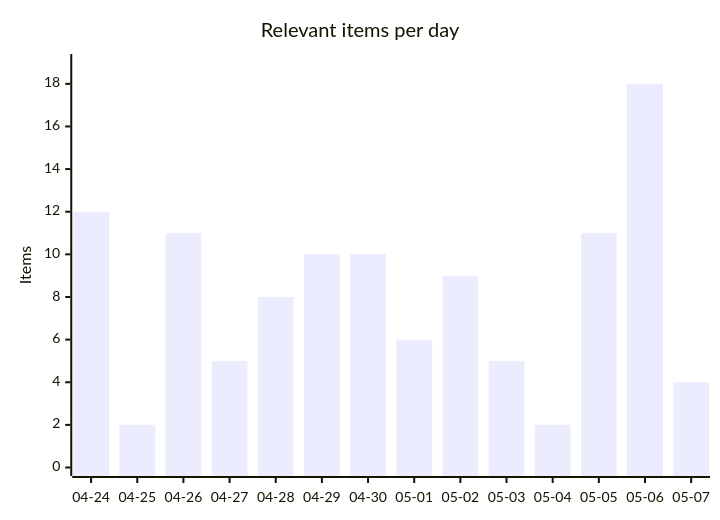
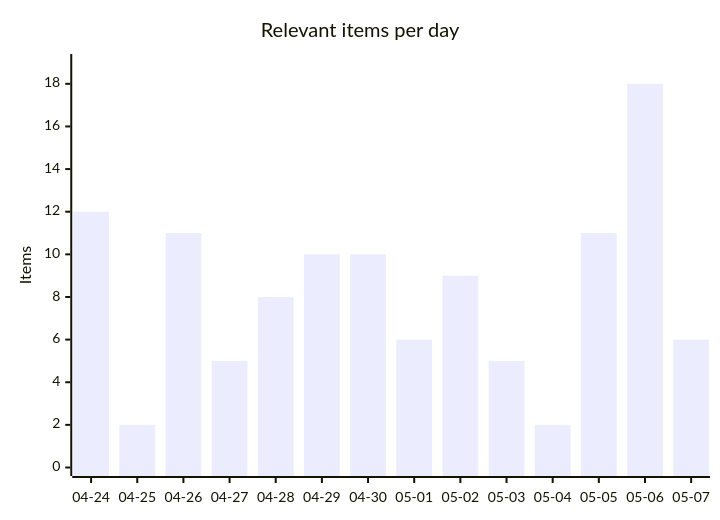
The first of 4 diagrams in README.md (martinbalfanz/social-scanner-reports), drawn with Mermaid before and after one commit. The commit also changed other lines of this file and 2 other files, not shown here.

````diff
--- a/README.md
+++ b/README.md
@@ -30,7 +30,7 @@
 ```mermaid
 xychart-beta
     title "Relevant items per day"
     x-axis ["04-24", "04-25", "04-26", "04-27", "04-28", "04-29", "04-30", "05-01", "05-02", "05-03", "05-04", "05-05", "05-06", "05-07"]
     y-axis "Items" 0 --> 19
-    bar [12, 2, 11, 5, 8, 10, 10, 6, 9, 5, 2, 11, 18, 4]
+    bar [12, 2, 11, 5, 8, 10, 10, 6, 9, 5, 2, 11, 18, 6]
 ```
````
